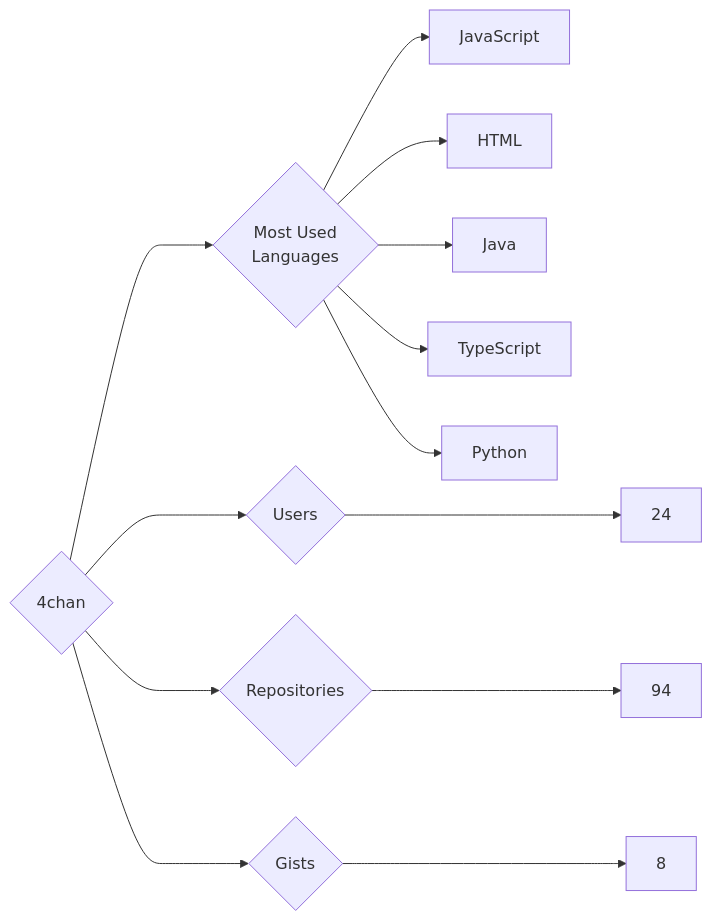
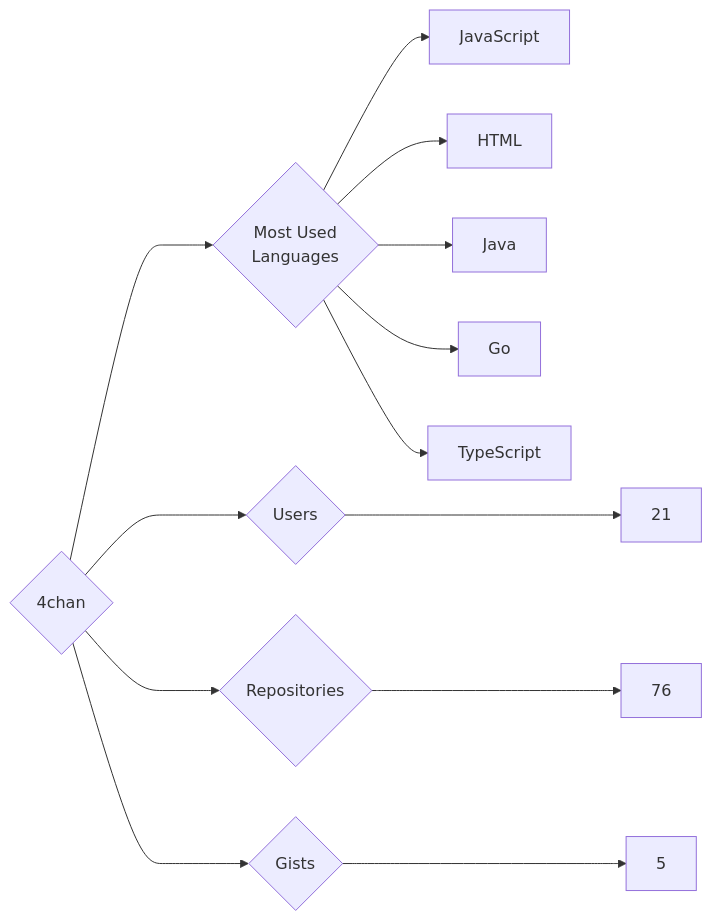
Before and after one commit to trickest/insiders: the diagram in targets/4chan/README.md, drawn with Mermaid. The commit also changed 837 other files, not shown here.

````diff
--- a/targets/4chan/README.md
+++ b/targets/4chan/README.md
@@ -3,13 +3,13 @@
 ```mermaid
 graph LR
 COMPANY_NAME{4chan}
-COMPANY_NAME ---> U{Users} ---> UN[24]
-COMPANY_NAME ---> R{Repositories} ---> RN[94]
-COMPANY_NAME ---> G{Gists} ---> GN[8]
+COMPANY_NAME ---> U{Users} ---> UN[21]
+COMPANY_NAME ---> R{Repositories} ---> RN[76]
+COMPANY_NAME ---> G{Gists} ---> GN[5]
 COMPANY_NAME ---> ML{Most Used<br>Languages}
 ML --> JavaScript[JavaScript]
 ML --> HTML[HTML]
 ML --> Java[Java]
+ML --> Go[Go]
 ML --> TypeScript[TypeScript]
-ML --> Python[Python]
 ```
````
